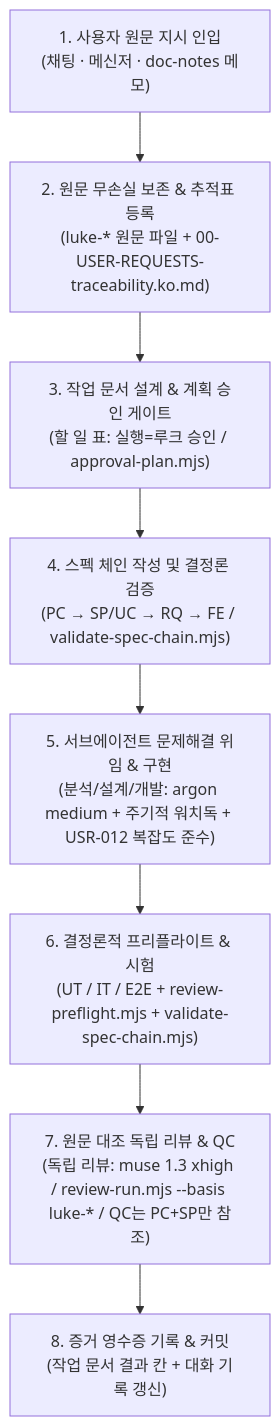
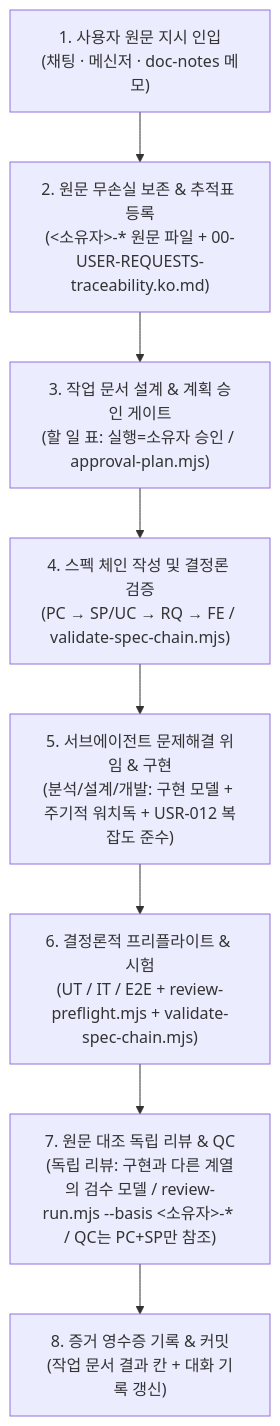
The diagram in rules/evidence-driven-process.md (nextain/naia-adk), drawn with Mermaid before and after one commit. The commit also changed other lines of this file and 28 other files, not shown here.

````diff
--- a/rules/evidence-driven-process.md
+++ b/rules/evidence-driven-process.md
@@ -22,13 +22,13 @@
 ```mermaid
 flowchart TD
     U["1. 사용자 원문 지시 인입<br/>(채팅 · 메신저 · doc-notes 메모)"]
-    T["2. 원문 무손실 보존 & 추적표 등록<br/>(luke-* 원문 파일 + 00-USER-REQUESTS-traceability.ko.md)"]
-    P["3. 작업 문서 설계 & 계획 승인 게이트<br/>(할 일 표: 실행=루크 승인 / approval-plan.mjs)"]
+    T["2. 원문 무손실 보존 & 추적표 등록<br/>(&lt;소유자&gt;-* 원문 파일 + 00-USER-REQUESTS-traceability.ko.md)"]
+    P["3. 작업 문서 설계 & 계획 승인 게이트<br/>(할 일 표: 실행=소유자 승인 / approval-plan.mjs)"]
     S["4. 스펙 체인 작성 및 결정론 검증<br/>(PC → SP/UC → RQ → FE / validate-spec-chain.mjs)"]
-    D["5. 서브에이전트 문제해결 위임 & 구현<br/>(분석/설계/개발: argon medium + 주기적 워치독 + USR-012 복잡도 준수)"]
+    D["5. 서브에이전트 문제해결 위임 & 구현<br/>(분석/설계/개발: 구현 모델 + 주기적 워치독 + USR-012 복잡도 준수)"]
     V["6. 결정론적 프리플라이트 & 시험<br/>(UT / IT / E2E + review-preflight.mjs + validate-spec-chain.mjs)"]
-    R["7. 원문 대조 독립 리뷰 & QC<br/>(독립 리뷰: muse 1.3 xhigh / review-run.mjs --basis luke-* / QC는 PC+SP만 참조)"]
+    R["7. 원문 대조 독립 리뷰 & QC<br/>(독립 리뷰: 구현과 다른 계열의 검수 모델 / review-run.mjs --basis &lt;소유자&gt;-* / QC는 PC+SP만 참조)"]
     C["8. 증거 영수증 기록 & 커밋<br/>(작업 문서 결과 칸 + 대화 기록 갱신)"]
 
     U --> T --> P --> S --> D --> V --> R --> C
 ```
````
